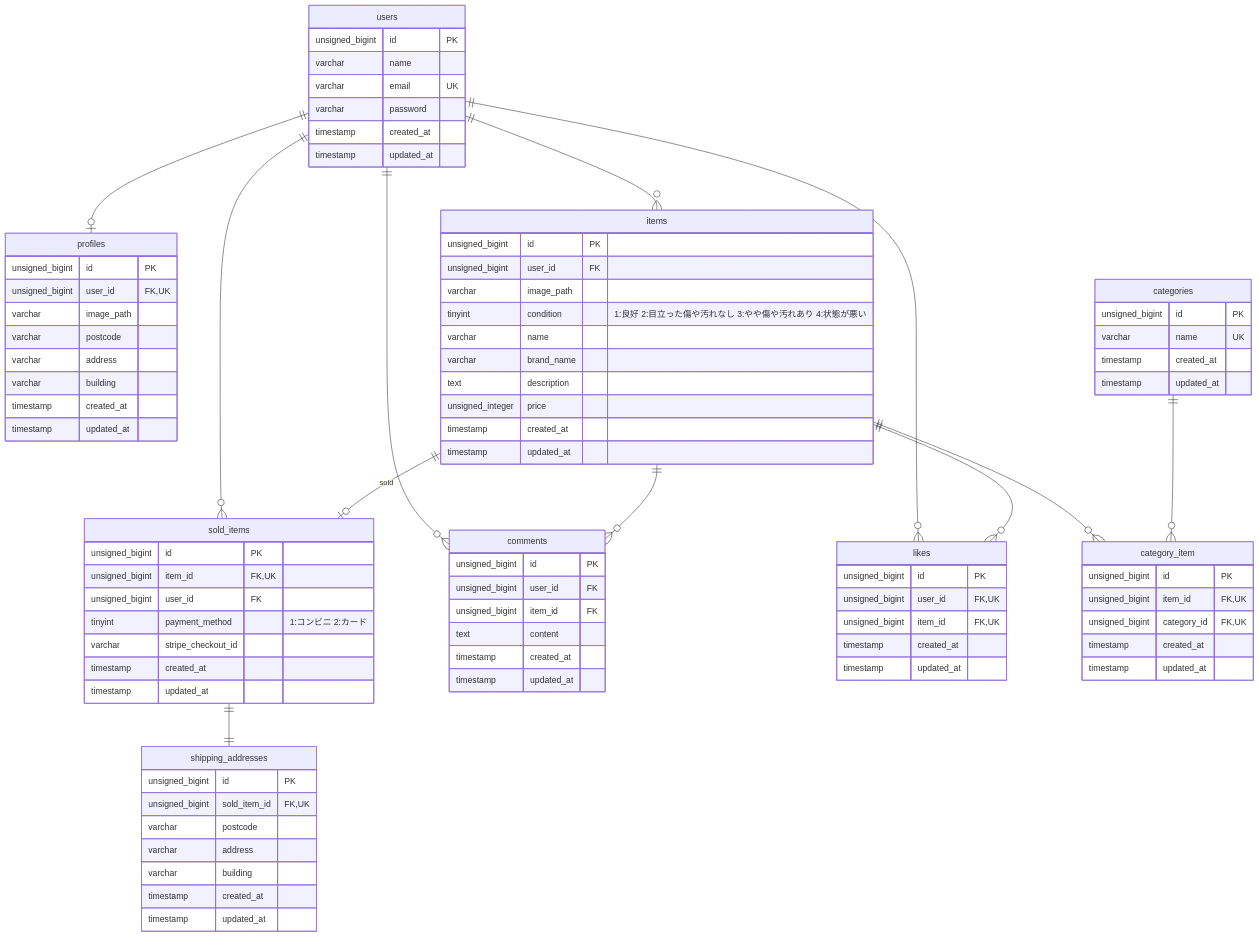
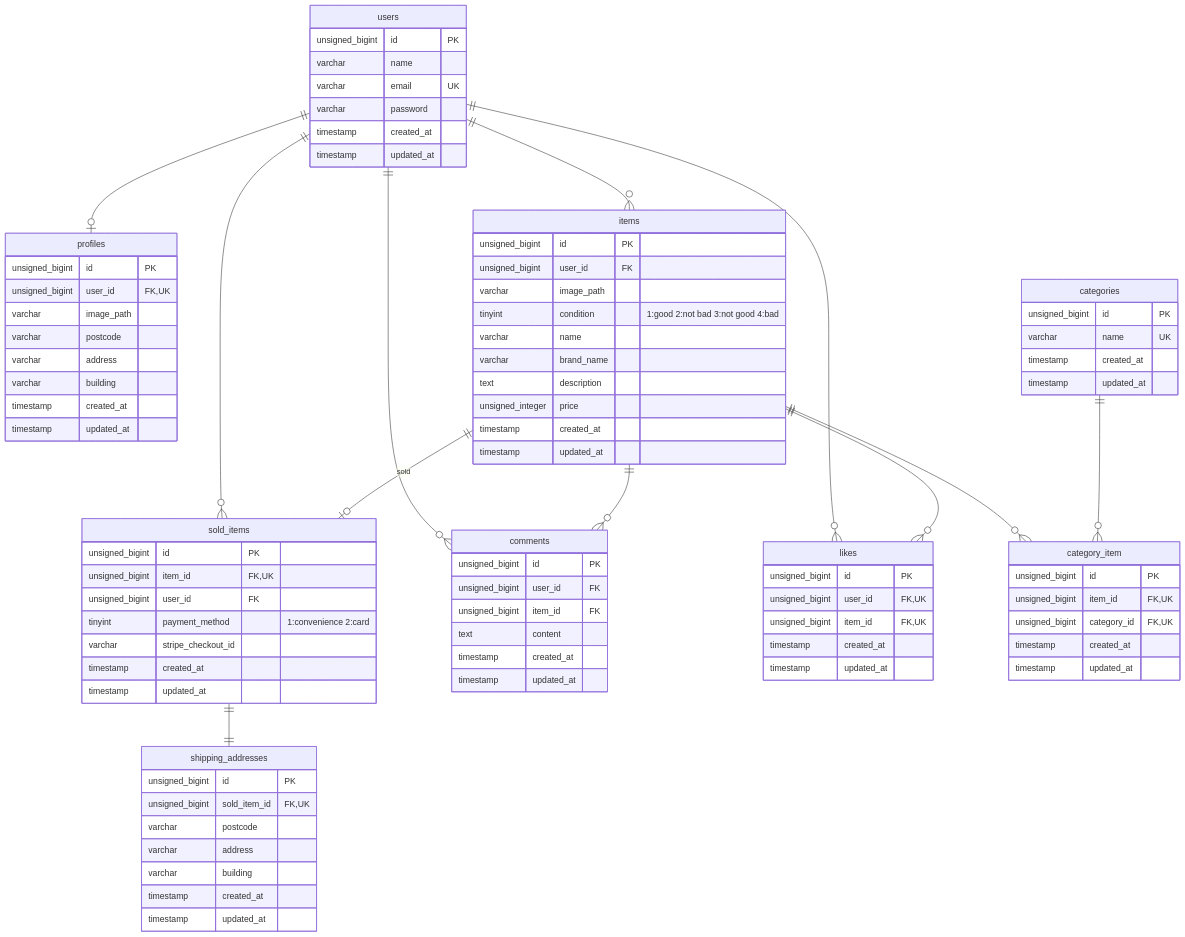
The diagram in README.md (sappy3105/fleamarket-app), drawn with Mermaid before and after one commit. The commit also changed other lines of this file, not shown here.

Commit message:
README.md修正

```diff
--- a/README.md
+++ b/README.md
@@ -162,7 +162,7 @@
     unsigned_bigint id PK
     unsigned_bigint user_id FK
     varchar image_path
-    tinyint condition "1:良好 2:目立った傷や汚れなし 3:やや傷や汚れあり 4:状態が悪い"
+    tinyint condition "1:good 2:not bad 3:not good 4:bad"
     varchar name
     varchar brand_name
     text description
@@ -200,7 +200,7 @@
     unsigned_bigint id PK
     unsigned_bigint item_id FK,UK
     unsigned_bigint user_id FK
-    tinyint payment_method "1:コンビニ 2:カード"
+    tinyint payment_method "1:convenience 2:card"
     varchar stripe_checkout_id
     timestamp created_at
     timestamp updated_at
```
